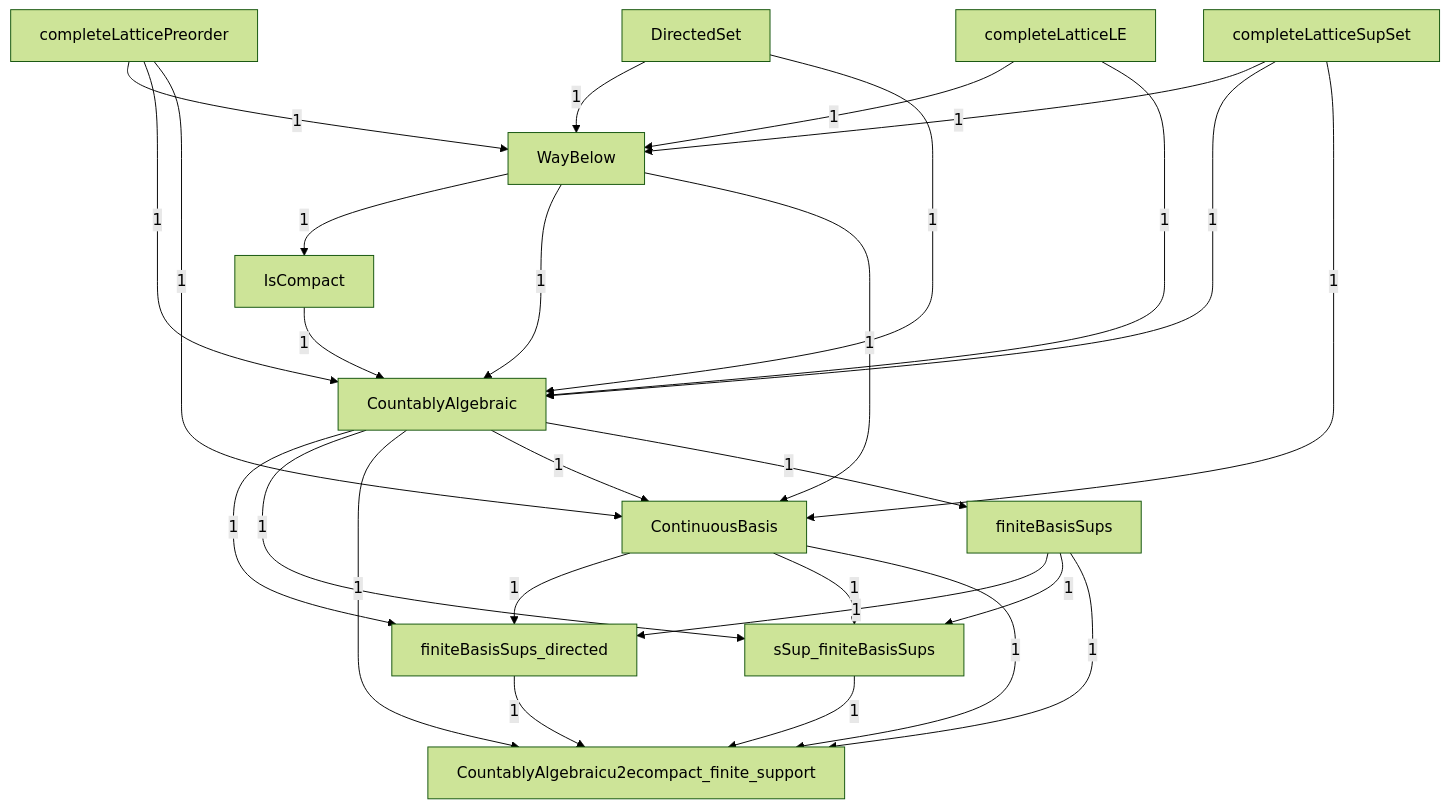
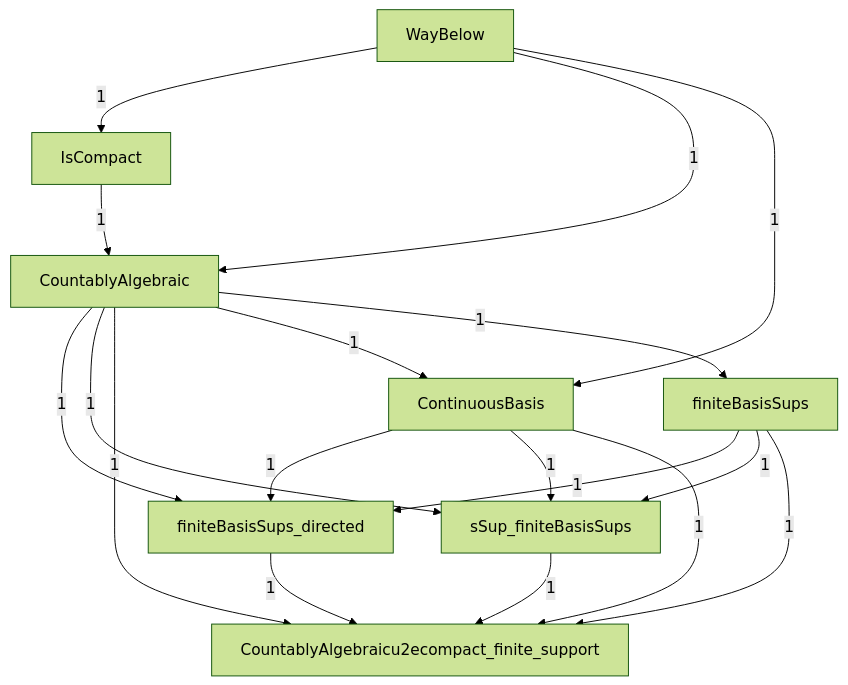
One commit to catskillsresearch/DomainTheory changed the diagram in DomainTheory/DataTypesAsLattices/FixedLattices/FixedLattices.mermaid. Above: the diagram before and after it, drawn with Mermaid (forest theme). The commit also changed 47 other files, not shown here.

```diff
--- a/DomainTheory/DataTypesAsLattices/FixedLattices/FixedLattices.mermaid
+++ b/DomainTheory/DataTypesAsLattices/FixedLattices/FixedLattices.mermaid
@@ -1,48 +1,34 @@
 %% Inside FixedLattices. A box is one Lean file in this folder, or one subfolder.
 %% A box named as another folder is that whole folder. A box named as another chapter is that whole chapter.
 %% The arrowhead points at the file or folder that imports. The label is how many direct imports.
 flowchart TB
 
-  N1["completeLatticeLE"]
-  N2["completeLatticePreorder"]
-  N3["completeLatticeSupSet"]
   N7["ContinuousBasis"]
   N6["CountablyAlgebraic"]
   N12["CountablyAlgebraicu2ecompact_finite_support"]
-  N0["DirectedSet"]
   N8["finiteBasisSups"]
   N10["finiteBasisSups_directed"]
   N5["IsCompact"]
   N11["sSup_finiteBasisSups"]
   N4["WayBelow"]
 
   N6 -->|"1"| N10
   N7 -->|"1"| N10
   N8 -->|"1"| N10
   N6 -->|"1"| N11
   N7 -->|"1"| N11
   N8 -->|"1"| N11
   N10 -->|"1"| N12
   N11 -->|"1"| N12
   N6 -->|"1"| N12
   N7 -->|"1"| N12
   N8 -->|"1"| N12
-  N0 -->|"1"| N4
-  N1 -->|"1"| N4
-  N2 -->|"1"| N4
-  N3 -->|"1"| N4
   N4 -->|"1"| N5
-  N0 -->|"1"| N6
-  N1 -->|"1"| N6
-  N2 -->|"1"| N6
-  N3 -->|"1"| N6
   N4 -->|"1"| N6
   N5 -->|"1"| N6
-  N2 -->|"1"| N7
-  N3 -->|"1"| N7
   N4 -->|"1"| N7
   N6 -->|"1"| N7
   N6 -->|"1"| N8
 
   classDef file fill:#dbeafe,stroke:#1d4ed8,color:#1e3a8a
   classDef ext fill:#f3f4f6,stroke:#374151,color:#111827
```
